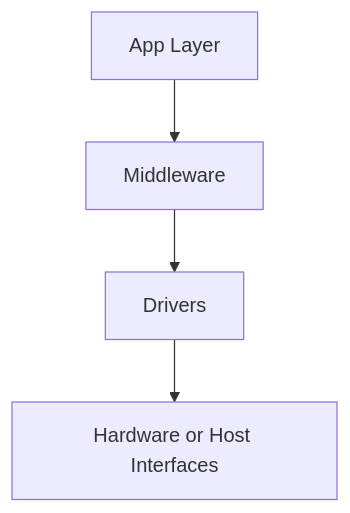
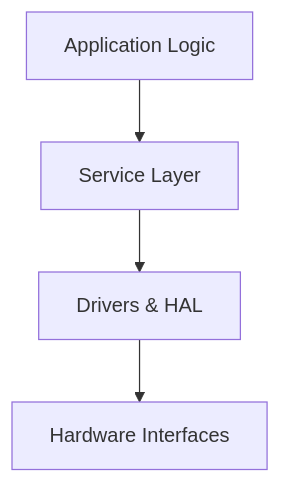
The first of 2 diagrams in site/docs/blog/posts/2025-05-15-sds-docs-as-code.md (markbac/markbac.github.io), drawn with Mermaid before and after one commit. The commit also changed other lines of this file and 509 other files, not shown here.

````diff
--- a/site/docs/blog/posts/2025-05-15-sds-docs-as-code.md
+++ b/site/docs/blog/posts/2025-05-15-sds-docs-as-code.md
@@ -75,6 +125,6 @@
 ```mermaid
 flowchart TD
-    A[App Layer] --> B[Middleware]
-    B --> C[Drivers]
-    C --> D[Hardware or Host Interfaces]
+    App[Application Logic] --> Services[Service Layer]
+    Services --> Drivers[Drivers & HAL]
+    Drivers --> Peripherals[Hardware Interfaces]
 ```
````
